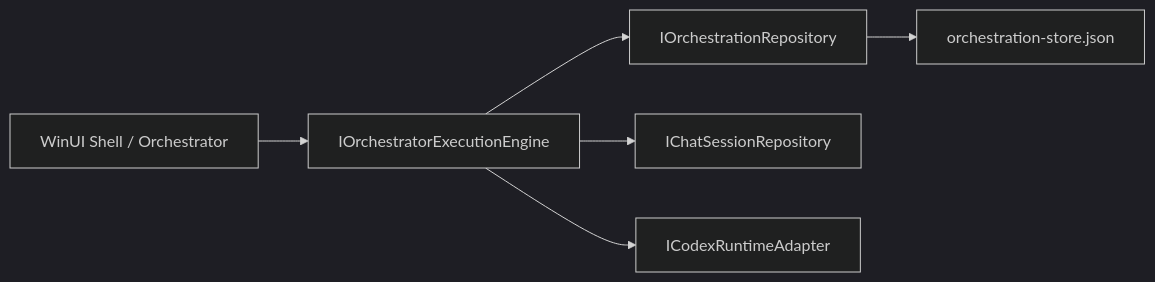
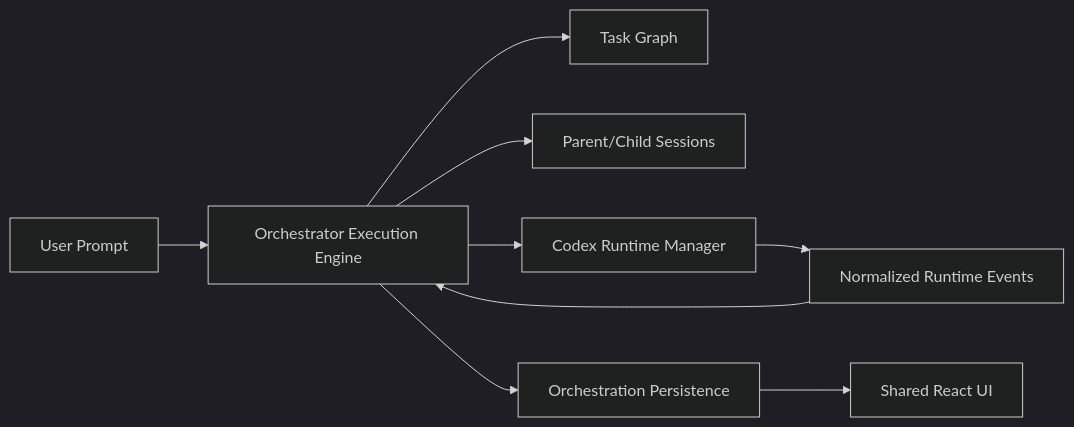
The diagram in docs/features/orchestrator-execution-engine.md (JStaRFilms/deprecated-Takomi_Code_Remastered), drawn with Mermaid (dark theme) before and after one commit. The commit also changed other lines of this file and 24 other files, not shown here.

````diff
--- a/docs/features/orchestrator-execution-engine.md
+++ b/docs/features/orchestrator-execution-engine.md
@@ -38,8 +41,11 @@
 ```mermaid
 flowchart LR
-    A["WinUI Shell / Orchestrator"] --> B["IOrchestratorExecutionEngine"]
-    B --> C["IOrchestrationRepository"]
-    B --> D["IChatSessionRepository"]
-    B --> E["ICodexRuntimeAdapter"]
-    C --> F["orchestration-store.json"]
+    Prompt["User Prompt"] --> Engine["Orchestrator Execution Engine"]
+    Engine --> Tasks["Task Graph"]
+    Engine --> Sessions["Parent/Child Sessions"]
+    Engine --> Runtime["Codex Runtime Manager"]
+    Runtime --> Events["Normalized Runtime Events"]
+    Events --> Engine
+    Engine --> Repo["Orchestration Persistence"]
+    Repo --> UI["Shared React UI"]
 ```
````
